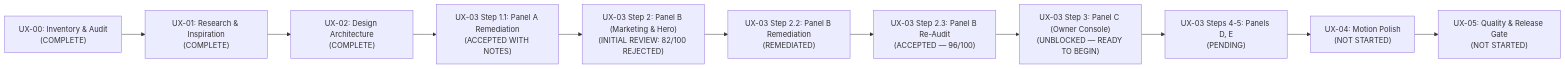
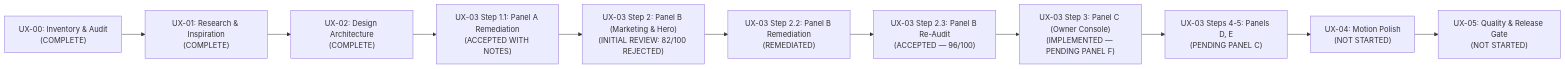
The first of 2 diagrams in docs/UI_UX_TRANSFORMATION_TRACKER.md (jimfleax/safepaws_sih), drawn with Mermaid before and after one commit. The commit also changed other lines of this file, not shown here.

Commit message:
feat: update Current Program State to reflect implementation of Panel C and readiness for Panel F audit

````diff
--- a/docs/UI_UX_TRANSFORMATION_TRACKER.md
+++ b/docs/UI_UX_TRANSFORMATION_TRACKER.md
@@ -36,13 +36,13 @@
 ```mermaid
 flowchart LR
     P0["UX-00: Inventory & Audit\n(COMPLETE)"] --> P1["UX-01: Research & Inspiration\n(COMPLETE)"]
     P1 --> P2["UX-02: Design Architecture\n(COMPLETE)"]
     P2 --> P3["UX-03 Step 1.1: Panel A Remediation\n(ACCEPTED WITH NOTES)"]
     P3 --> P4["UX-03 Step 2: Panel B (Marketing & Hero)\n(INITIAL REVIEW: 82/100 REJECTED)"]
     P4 --> P4R["UX-03 Step 2.2: Panel B Remediation\n(REMEDIATED)"]
     P4R --> P4A["UX-03 Step 2.3: Panel B Re-Audit\n(ACCEPTED — 96/100)"]
-    P4A --> P5["UX-03 Step 3: Panel C (Owner Console)\n(UNBLOCKED — READY TO BEGIN)"]
-    P5 --> P6["UX-03 Steps 4-5: Panels D, E\n(PENDING)"]
+    P4A --> P5["UX-03 Step 3: Panel C (Owner Console)\n(IMPLEMENTED — PENDING PANEL F)"]
+    P5 --> P6["UX-03 Steps 4-5: Panels D, E\n(PENDING PANEL C)"]
     P6 --> P7["UX-04: Motion Polish\n(NOT STARTED)"]
     P7 --> P8["UX-05: Quality & Release Gate\n(NOT STARTED)"]
 ```
````
